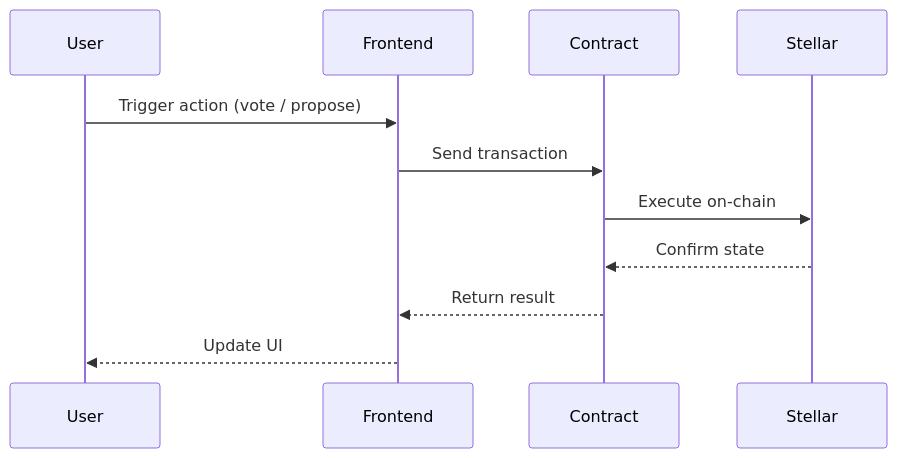
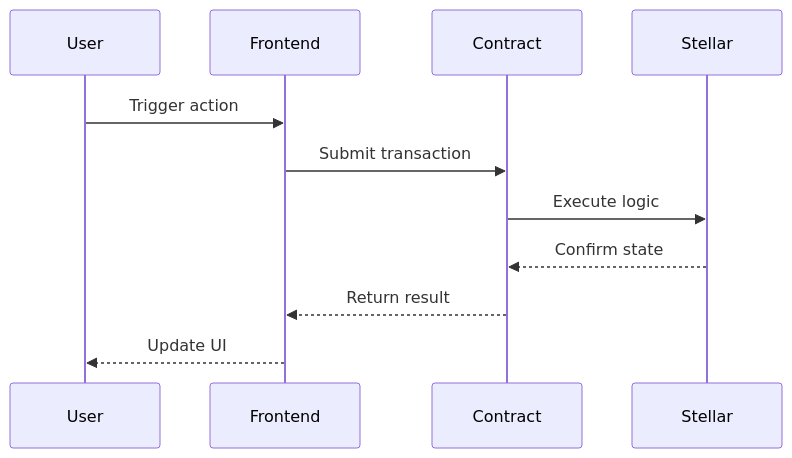
One commit to Venrable18/Stellar_LocalDoa changed the fourth of 4 diagrams in README.md. Above: the diagram before and after it, drawn with Mermaid. The commit also changed other lines of this file, not shown here.

First line of the commit message:
Add whitepaper section and update flow diagrams

````diff
--- a/README.md
+++ b/README.md
@@ -74,14 +173,14 @@
 ```mermaid
 sequenceDiagram
     participant U as User
     participant F as Frontend
     participant C as Contract
     participant S as Stellar
 
-    U->>F: Trigger action (vote / propose)
-    F->>C: Send transaction
-    C->>S: Execute on-chain
+    U->>F: Trigger action
+    F->>C: Submit transaction
+    C->>S: Execute logic
     S-->>C: Confirm state
     C-->>F: Return result
     F-->>U: Update UI
 ```
````
